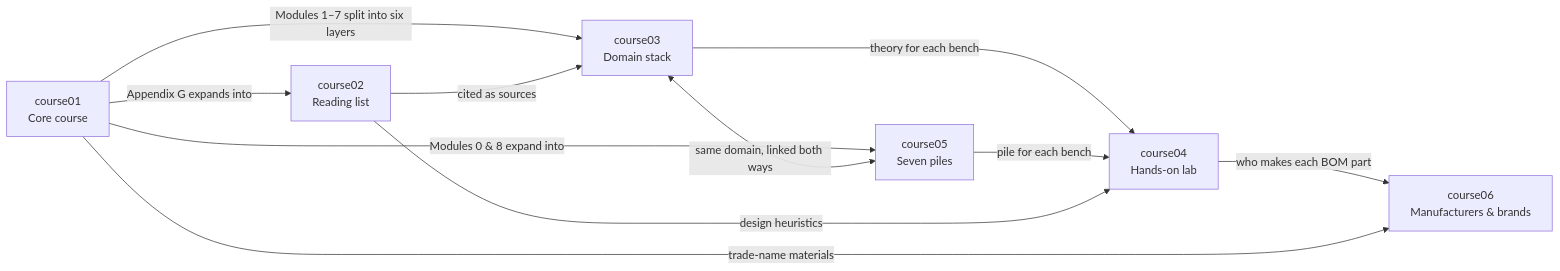
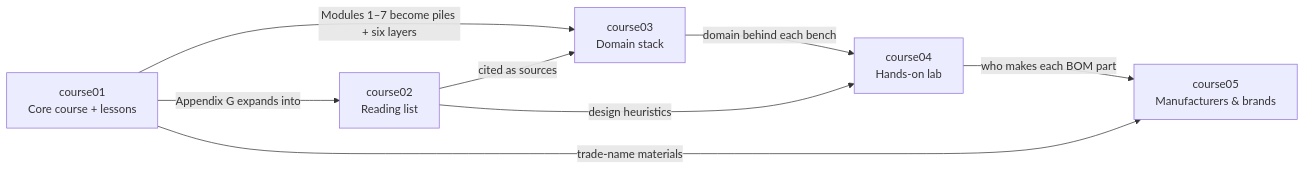
The diagram in index.md (VicBranica/Labrador), drawn with Mermaid before and after one commit. The commit also changed other lines of this file and 185 other files, not shown here.

First line of the commit message:
Merge course05 (seven piles) into course03; course06 becomes course05

````diff
--- a/index.md
+++ b/index.md
@@ -39,19 +38,15 @@
 ```mermaid
 graph LR
-  C01["course01<br/>Core course"]
+  C01["course01<br/>Core course + lessons"]
   C02["course02<br/>Reading list"]
   C03["course03<br/>Domain stack"]
   C04["course04<br/>Hands-on lab"]
-  C05["course05<br/>Seven piles"]
-  C06["course06<br/>Manufacturers & brands"]
+  C05["course05<br/>Manufacturers & brands"]
   C01 -- "Appendix G expands into" --> C02
-  C01 -- "Modules 1–7 split into six layers" --> C03
-  C01 -- "Modules 0 & 8 expand into" --> C05
+  C01 -- "Modules 1–7 become piles + six layers" --> C03
   C02 -- "cited as sources" --> C03
-  C03 -- "theory for each bench" --> C04
-  C05 -- "pile for each bench" --> C04
+  C03 -- "domain behind each bench" --> C04
   C02 -- "design heuristics" --> C04
-  C03 <-- "same domain, linked both ways" --> C05
-  C04 -- "who makes each BOM part" --> C06
-  C01 -- "trade-name materials" --> C06
+  C04 -- "who makes each BOM part" --> C05
+  C01 -- "trade-name materials" --> C05
 ```
````
